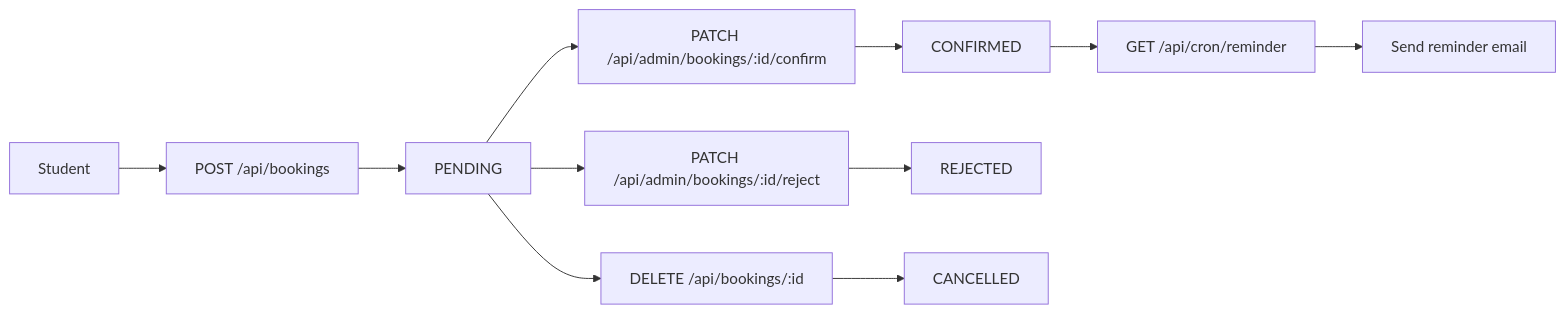
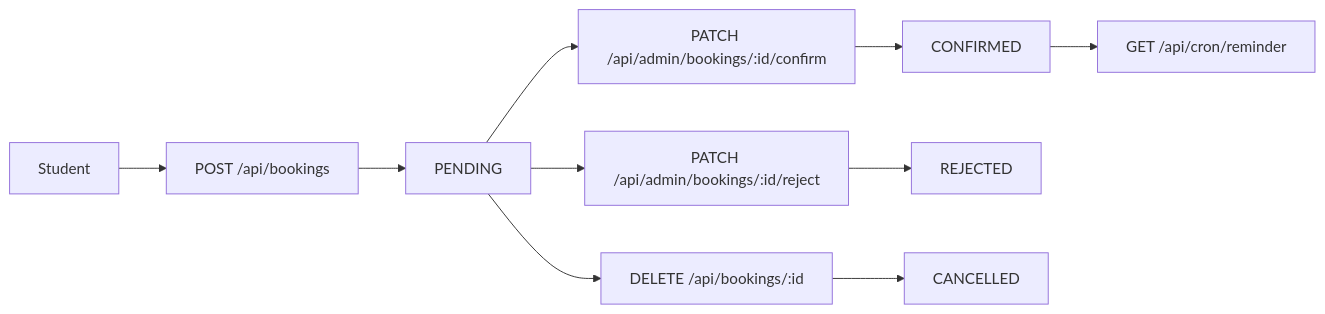
One commit to Preritkumar16/CoE-Main changed the second of 3 diagrams in README.md. Above: the diagram before and after it, drawn with Mermaid. The commit also changed other lines of this file and 43 other files, not shown here.

````diff
--- a/README.md
+++ b/README.md
@@ -114,13 +109,12 @@
 ```mermaid
 flowchart LR
   S[Student] --> B1[POST /api/bookings]
   B1 --> PENDING[PENDING]
   PENDING --> A1[PATCH /api/admin/bookings/:id/confirm]
   PENDING --> A2[PATCH /api/admin/bookings/:id/reject]
+  PENDING --> CXL[DELETE /api/bookings/:id]
   A1 --> CONF[CONFIRMED]
   A2 --> REJ[REJECTED]
-  PENDING --> CXL[DELETE /api/bookings/:id]
   CXL --> CAN[CANCELLED]
   CONF --> REM[GET /api/cron/reminder]
-  REM --> MAIL[Send reminder email]
 ```
````
